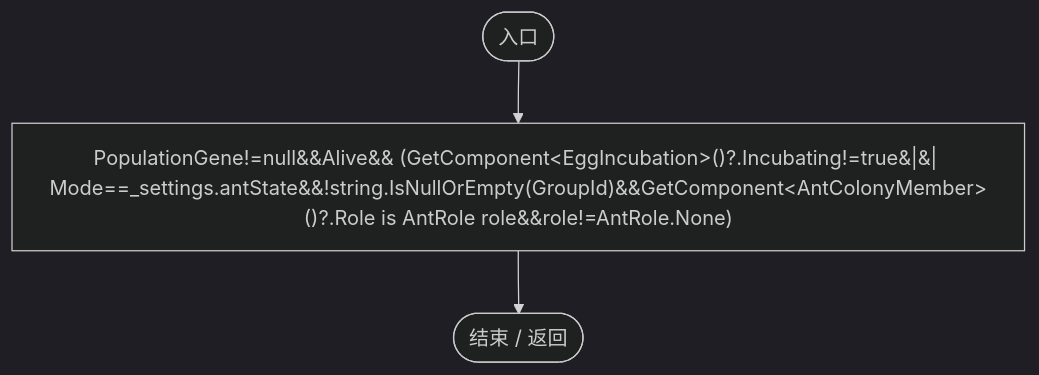
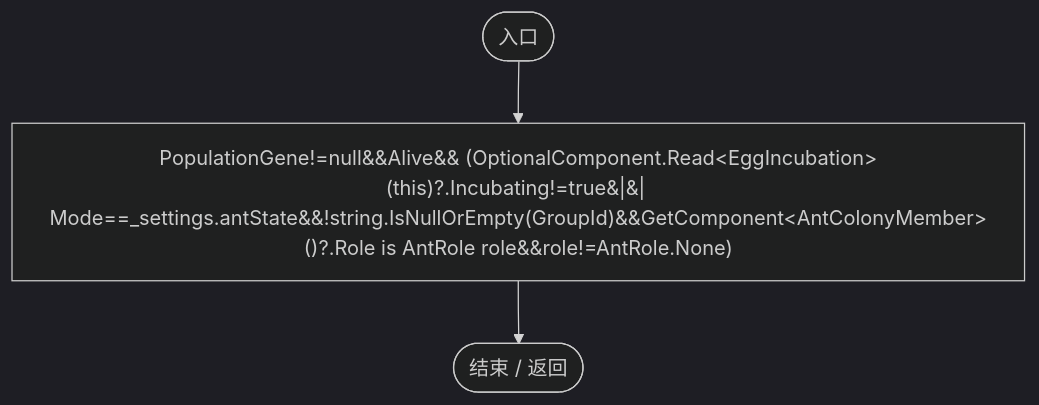
Diagram 20 of 54 in Docs/运行流程图/脚本/21e4f62f75a9a80f.md (xhs6666/Darwin_paradise), drawn with Mermaid (dark theme) before and after one commit. The commit also changed other lines of this file and 212 other files, not shown here.

````diff
--- a/Docs/运行流程图/脚本/21e4f62f75a9a80f.md
+++ b/Docs/运行流程图/脚本/21e4f62f75a9a80f.md
@@ -462,9 +462,9 @@
 ```mermaid
 flowchart TD
   n2(["入口"])
-  n1["PopulationGene!=null&amp;&amp;Alive&amp;&amp; (GetComponent&lt;EggIncubation&gt;()?.Incubating!=true&#124;&#124; Mode==_settings.antState&amp;&amp;!string.IsNullOrEmpty(GroupId)&amp;&amp;GetComponent&lt;AntColonyMember&gt;()?.Role is AntRole role&amp;&amp;role!=AntRole.None)"]
+  n1["PopulationGene!=null&amp;&amp;Alive&amp;&amp; (OptionalComponent.Read&lt;EggIncubation&gt;(this)?.Incubating!=true&#124;&#124; Mode==_settings.antState&amp;&amp;!string.IsNullOrEmpty(GroupId)&amp;&amp;GetComponent&lt;AntColonyMember&gt;()?.Role is AntRole role&amp;&amp;role!=AntRole.None)"]
   n0(["结束 / 返回"])
   n1 --> n0
   n2 --> n1
 
 ```
````
